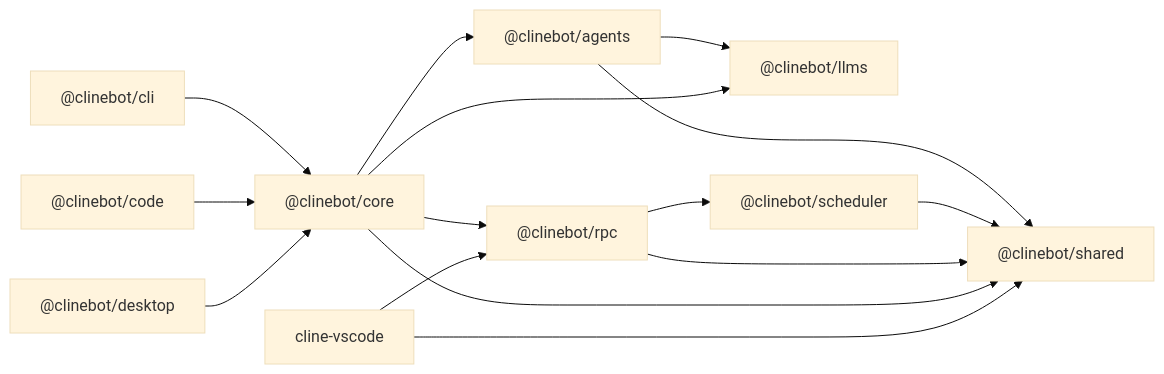
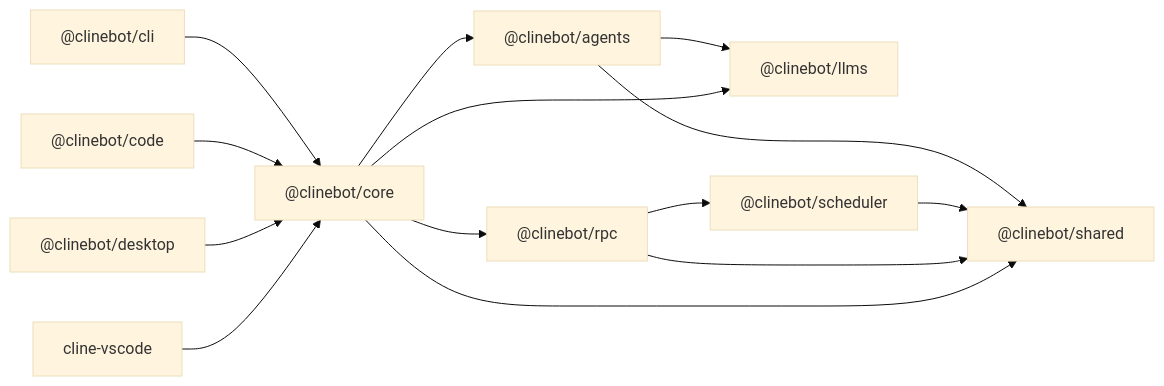
The diagram in sdk/AGENTS.md (Dastan-Prince/cline-cn), drawn with Mermaid (base theme) before and after one commit. The commit also changed other lines of this file and 71 other files, not shown here.

Commit message:
refactor: consolidate exports from rpc and shared in core

````diff
--- a/sdk/AGENTS.md
+++ b/sdk/AGENTS.md
@@ -37,28 +37,27 @@
 ```mermaid
 flowchart LR
   shared["@clinebot/shared"]
   llms["@clinebot/llms"]
   scheduler["@clinebot/scheduler"]
   agents["@clinebot/agents"]
   rpc["@clinebot/rpc"]
   core["@clinebot/core"]
   cli["@clinebot/cli"]
   code["@clinebot/code"]
   desktop["@clinebot/desktop"]
   vscode["cline-vscode"]
 
   agents --> llms
   agents --> shared
   scheduler --> shared
   rpc --> scheduler
   rpc --> shared
   core --> agents
   core --> llms
   core --> rpc
   core --> shared
   cli --> core
   code --> core
   desktop --> core
-  vscode --> rpc
-  vscode --> shared
+  vscode --> core
 ```
````
